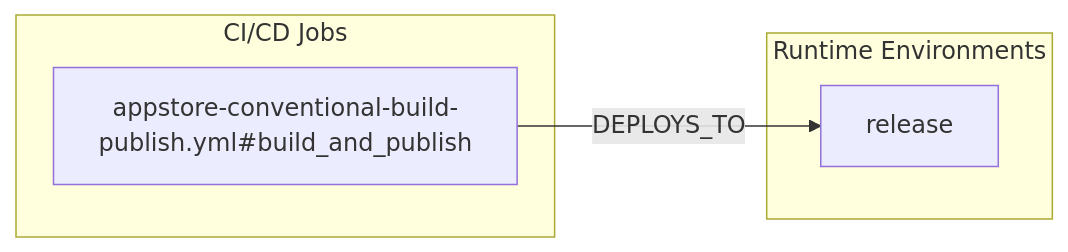
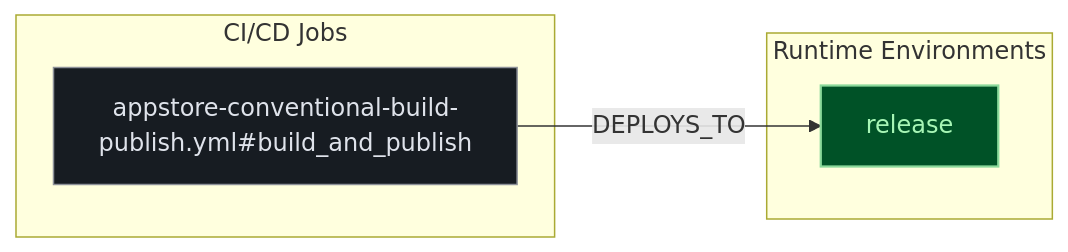
Before and after one commit to kumarshaz/atruss-code-atlas: the second of 3 diagrams in exports/latest/reports/nextcloud-mail-report.md, drawn with Mermaid. The commit also changed other lines of this file and 331 other files, not shown here.

Commit message:
docs,ui,fix: update SDLC docs, reorder CI/CD DAG first, stylize Mermaid, and fix Arc42 pipeline topology

````diff
--- a/exports/latest/reports/nextcloud-mail-report.md
+++ b/exports/latest/reports/nextcloud-mail-report.md
@@ -207,10 +214,14 @@
 ```mermaid
 flowchart LR
+    classDef atlasCategory fill:#212428,stroke:#E87A48,stroke-width:1.5px,color:#dfe3eb
+    classDef atlasWorkflow fill:#1b2026,stroke:#a3c9ff,stroke-width:1.5px,color:#dfe3eb
+    classDef atlasJob fill:#171c22,stroke:#8d9199,stroke-width:1px,color:#dfe3eb
+    classDef atlasTarget fill:#005227,stroke:#8bd99b,stroke-width:1.5px,color:#a7f6b6
     subgraph ci_jobs["CI/CD Jobs"]
-        job_appstore_conventional_build_publish_yml_build_and_publish["appstore-conventional-build-publish.yml#build_and_publish"]
+        job_appstore_conventional_build_publish_yml_build_and_publish["appstore-conventional-build-publish.yml#build_and_publish"]:::atlasJob
     end
     subgraph runtime_envs["Runtime Environments"]
-        env_release["release"]
+        env_release["release"]:::atlasTarget
     end
     job_appstore_conventional_build_publish_yml_build_and_publish -->|DEPLOYS_TO| env_release
 ```
````
